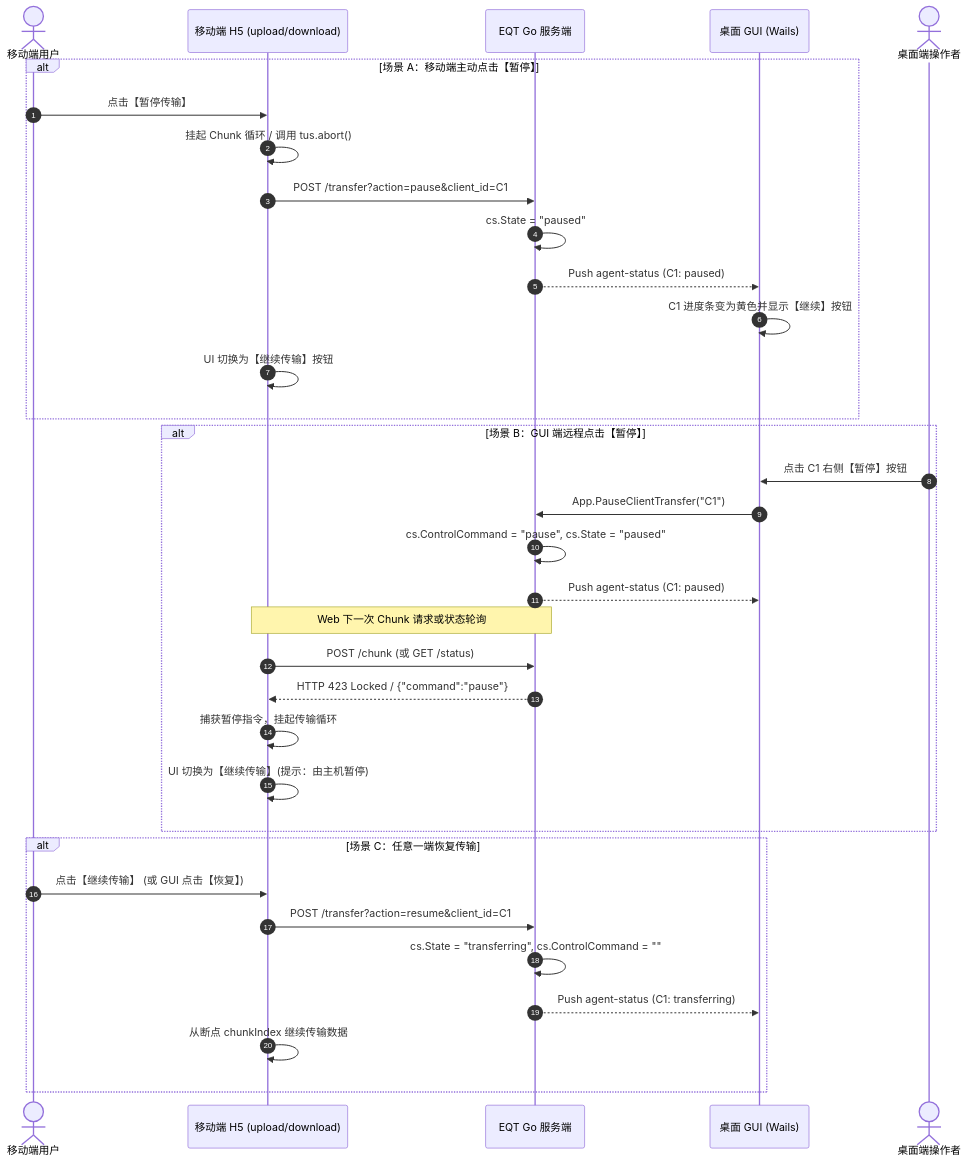
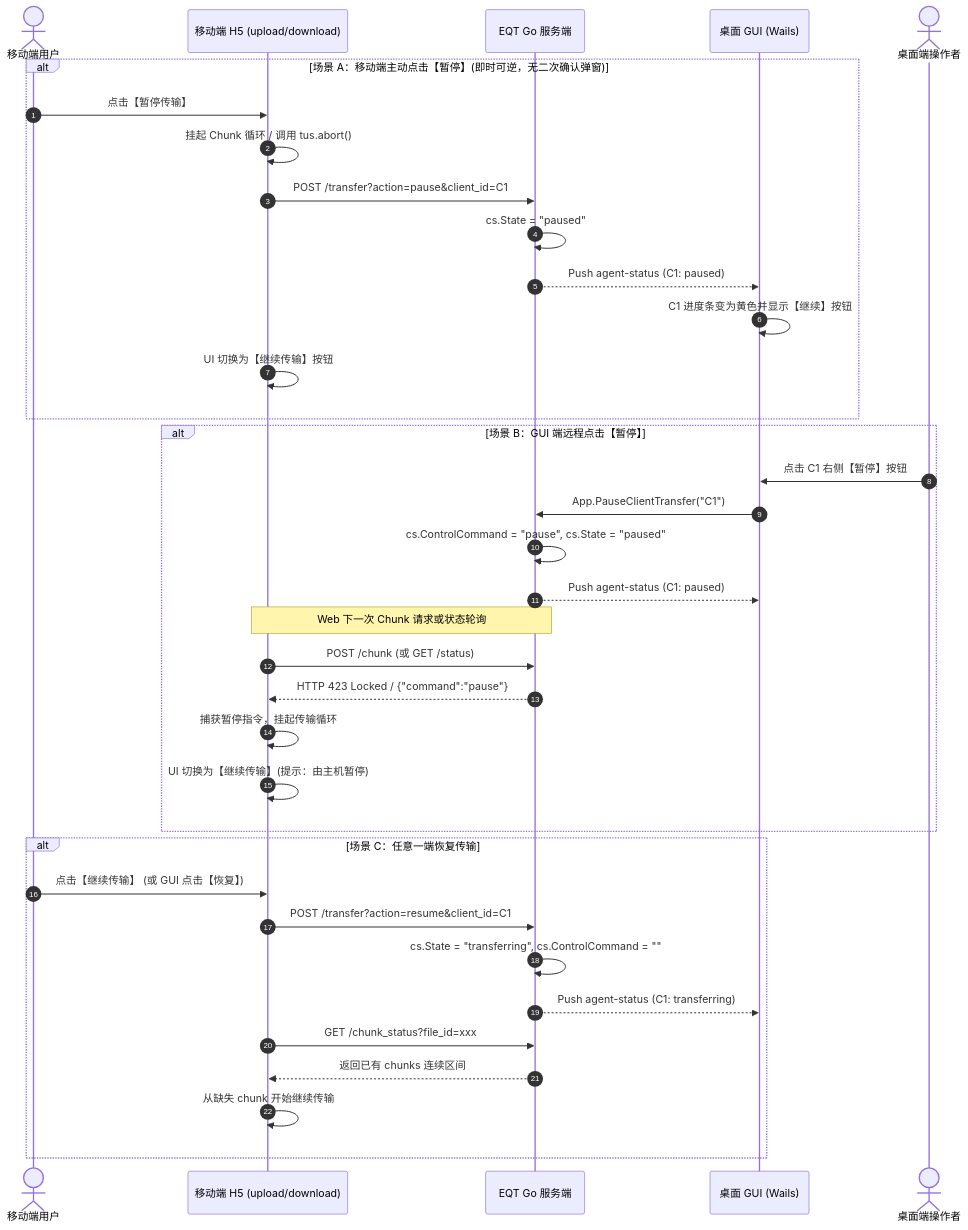
Before and after one commit to forpersuit/eqrcp: the second of 2 diagrams in docs/plan/bidirectional-transfer-pause-resume-design.md, drawn with Mermaid. The commit also changed other lines of this file, not shown here.

````diff
--- a/docs/plan/bidirectional-transfer-pause-resume-design.md
+++ b/docs/plan/bidirectional-transfer-pause-resume-design.md
@@ -61,39 +75,41 @@
 ```mermaid
 sequenceDiagram
     autonumber
     actor Mobile as 移动端用户
     participant Web as 移动端 H5 (upload/download)
     participant Server as EQT Go 服务端
     participant GUI as 桌面 GUI (Wails)
     actor Operator as 桌面端操作者
 
-    alt 场景 A：移动端主动点击【暂停】
+    alt 场景 A：移动端主动点击【暂停】(即时可逆，无二次确认弹窗)
         Mobile->>Web: 点击【暂停传输】
         Web->>Web: 挂起 Chunk 循环 / 调用 tus.abort()
         Web->>Server: POST /transfer?action=pause&client_id=C1
         Server->>Server: cs.State = "paused"
         Server-->>GUI: Push agent-status (C1: paused)
         GUI->>GUI: C1 进度条变为黄色并显示【继续】按钮
         Web->>Web: UI 切换为【继续传输】按钮
     end
 
     alt 场景 B：GUI 端远程点击【暂停】
         Operator->>GUI: 点击 C1 右侧【暂停】按钮
         GUI->>Server: App.PauseClientTransfer("C1")
         Server->>Server: cs.ControlCommand = "pause", cs.State = "paused"
         Server-->>GUI: Push agent-status (C1: paused)
         Note over Web,Server: Web 下一次 Chunk 请求或状态轮询
         Web->>Server: POST /chunk (或 GET /status)
         Server-->>Web: HTTP 423 Locked / {"command":"pause"}
         Web->>Web: 捕获暂停指令，挂起传输循环
         Web->>Web: UI 切换为【继续传输】(提示：由主机暂停)
     end
 
     alt 场景 C：任意一端恢复传输
         Mobile->>Web: 点击【继续传输】 (或 GUI 点击【恢复】)
         Web->>Server: POST /transfer?action=resume&client_id=C1
         Server->>Server: cs.State = "transferring", cs.ControlCommand = ""
         Server-->>GUI: Push agent-status (C1: transferring)
-        Web->>Web: 从断点 chunkIndex 继续传输数据
+        Web->>Server: GET /chunk_status?file_id=xxx
+        Server-->>Web: 返回已有 chunks 连续区间
+        Web->>Web: 从缺失 chunk 开始继续传输
     end
 ```
````
